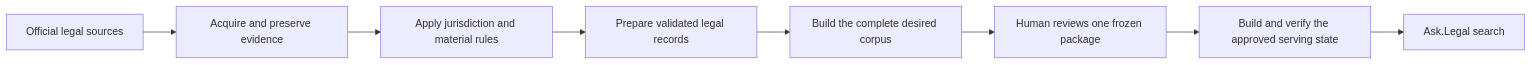
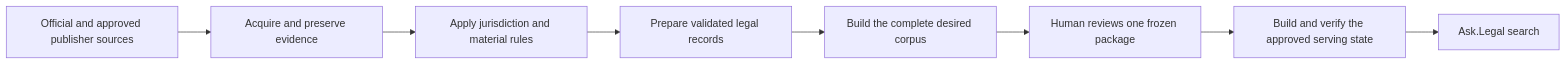
The diagram in README.md (stevw-repo/AutonomousLCP), drawn with Mermaid before and after one commit. The commit also changed other lines of this file and 96 other files, not shown here.

````diff
--- a/README.md
+++ b/README.md
@@ -34,13 +319,13 @@
 ```mermaid
 flowchart LR
-    S["Official legal sources"]
+    S["Official and approved publisher sources"]
     A["Acquire and preserve evidence"]
     D["Apply jurisdiction and material rules"]
     P["Prepare validated legal records"]
     C["Build the complete desired corpus"]
     R["Human reviews one frozen package"]
     V["Build and verify the approved serving state"]
     Q["Ask.Legal search"]
 
     S --> A --> D --> P --> C --> R --> V --> Q
 ```
````
